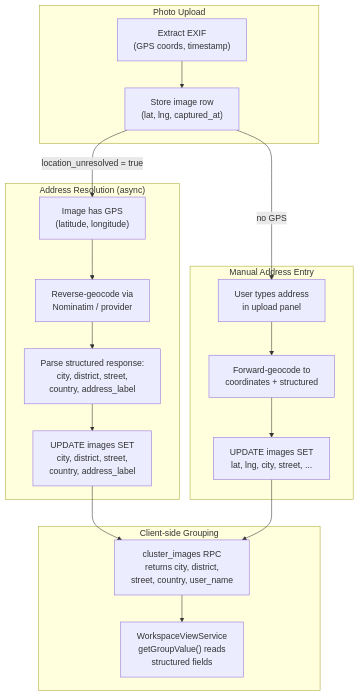
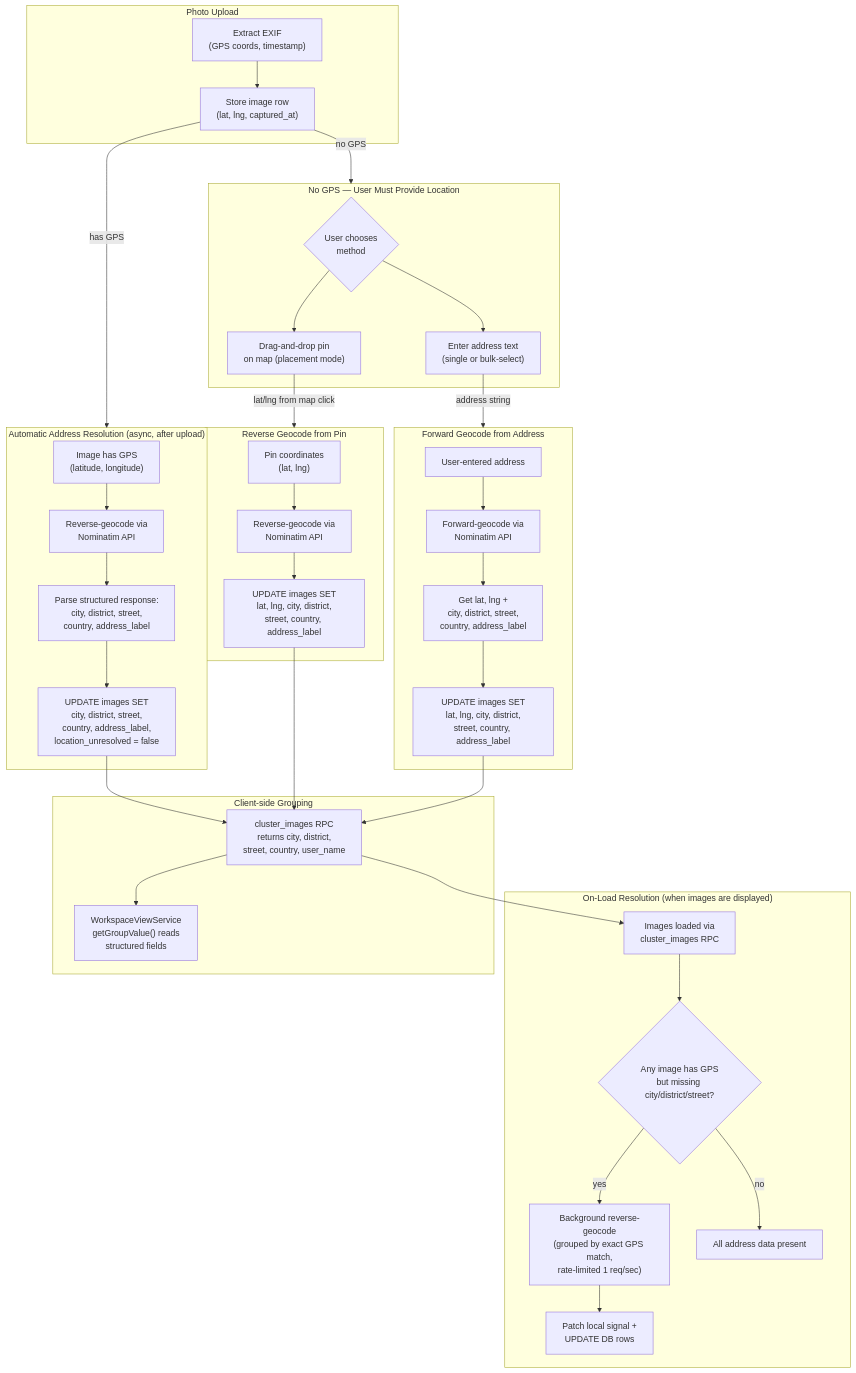
One commit to matkleve/feldpost changed the first of 13 diagrams in docs/use-cases/photo-grouping-data.md. Above: the diagram before and after it, drawn with Mermaid. The commit also changed other lines of this file and 6 other files, not shown here.

Commit message:
feat: implement GeocodingService for reverse geocoding in UploadService and WorkspaceViewService, enhance documentation

````diff
--- a/docs/use-cases/photo-grouping-data.md
+++ b/docs/use-cases/photo-grouping-data.md
@@ -33,35 +33,67 @@
 ```mermaid
 flowchart TD
     subgraph Upload["Photo Upload"]
         EXIF["Extract EXIF\n(GPS coords, timestamp)"]
         Store["Store image row\n(lat, lng, captured_at)"]
         EXIF --> Store
     end
 
-    subgraph AddressResolution["Address Resolution (async)"]
+    Store -->|"has GPS"| AutoResolve
+    Store -->|"no GPS"| NoGPS
+
+    subgraph AutoResolve["Automatic Address Resolution (async, after upload)"]
         GPS["Image has GPS\n(latitude, longitude)"]
-        Geocode["Reverse-geocode via\nNominatim / provider"]
+        Geocode["Reverse-geocode via\nNominatim API"]
         Parse["Parse structured response:\ncity, district, street,\ncountry, address_label"]
-        Update["UPDATE images SET\ncity, district, street,\ncountry, address_label"]
-        GPS --> Geocode --> Parse --> Update
+        UpdateAuto["UPDATE images SET\ncity, district, street,\ncountry, address_label,\nlocation_unresolved = false"]
+        GPS --> Geocode --> Parse --> UpdateAuto
     end
 
-    subgraph ManualEntry["Manual Address Entry"]
-        UserInput["User types address\nin upload panel"]
-        Forward["Forward-geocode to\ncoordinates + structured"]
-        ManualUpdate["UPDATE images SET\nlat, lng, city, street, ..."]
-        UserInput --> Forward --> ManualUpdate
+    subgraph NoGPS["No GPS — User Must Provide Location"]
+        Choice{"User chooses\nmethod"}
+        DragPin["Drag-and-drop pin\non map (placement mode)"]
+        EnterAddr["Enter address text\n(single or bulk-select)"]
+        Choice --> DragPin
+        Choice --> EnterAddr
     end
 
-    Store -->|"location_unresolved = true"| GPS
-    Store -->|"no GPS"| UserInput
+    DragPin -->|"lat/lng from map click"| ReverseFromPin
+    EnterAddr -->|"address string"| ForwardGeo
+
+    subgraph ReverseFromPin["Reverse Geocode from Pin"]
+        PinCoords["Pin coordinates\n(lat, lng)"]
+        RevGeo["Reverse-geocode via\nNominatim API"]
+        UpdatePin["UPDATE images SET\nlat, lng, city, district,\nstreet, country, address_label"]
+        PinCoords --> RevGeo --> UpdatePin
+    end
+
+    subgraph ForwardGeo["Forward Geocode from Address"]
+        AddrInput["User-entered address"]
+        FwdGeo["Forward-geocode via\nNominatim API"]
+        FwdResult["Get lat, lng +\ncity, district, street,\ncountry, address_label"]
+        UpdateFwd["UPDATE images SET\nlat, lng, city, district,\nstreet, country, address_label"]
+        AddrInput --> FwdGeo --> FwdResult --> UpdateFwd
+    end
+
+    subgraph OnLoad["On-Load Resolution (when images are displayed)"]
+        Load["Images loaded via\ncluster_images RPC"]
+        Check{"Any image has GPS\nbut missing city/district/street?"}
+        Resolve["Background reverse-geocode\n(grouped by exact GPS match,\nrate-limited 1 req/sec)"]
+        PatchUI["Patch local signal +\nUPDATE DB rows"]
+        Load --> Check
+        Check -->|"yes"| Resolve --> PatchUI
+        Check -->|"no"| Done["All address data present"]
+    end
+
+    UpdateAuto --> LoadRPC
+    UpdatePin --> LoadRPC
+    UpdateFwd --> LoadRPC
 
     subgraph Grouping["Client-side Grouping"]
         LoadRPC["cluster_images RPC\nreturns city, district,\nstreet, country, user_name"]
         ClientGroup["WorkspaceViewService\ngetGroupValue() reads\nstructured fields"]
         LoadRPC --> ClientGroup
     end
 
-    Update --> LoadRPC
-    ManualUpdate --> LoadRPC
+    LoadRPC --> Load
 ```
````
